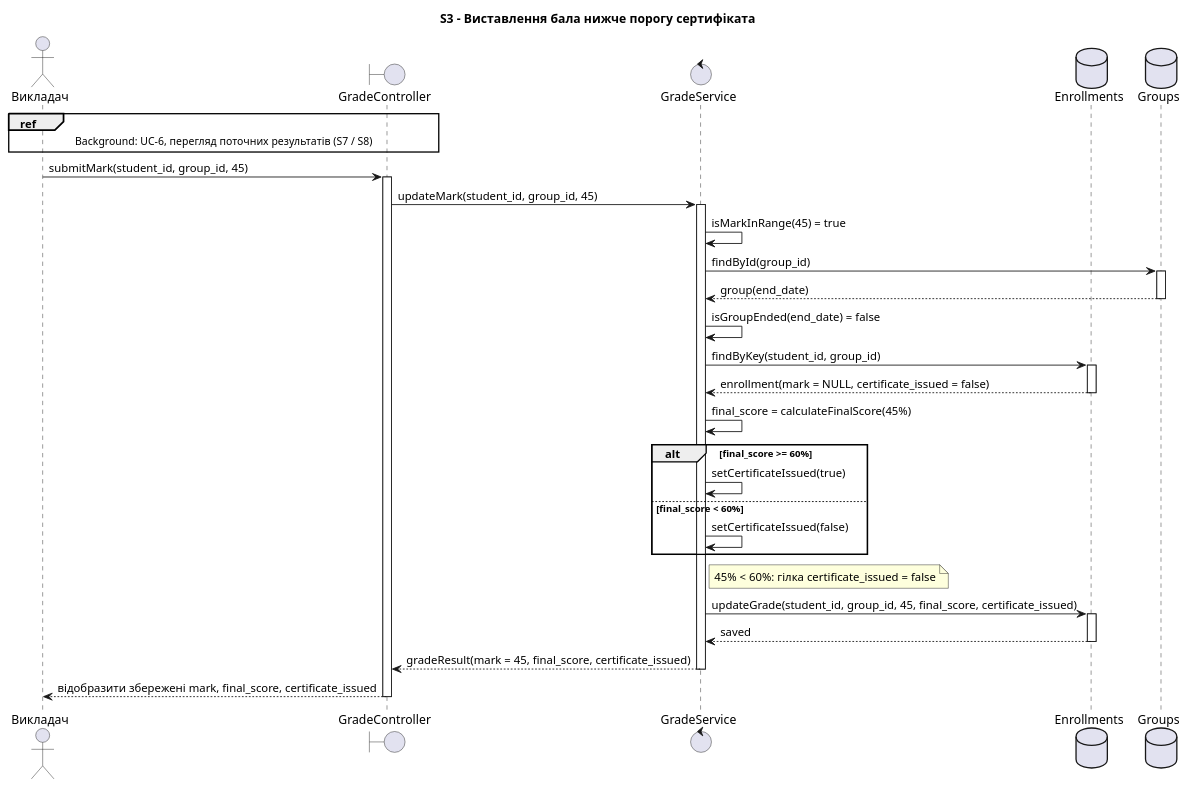
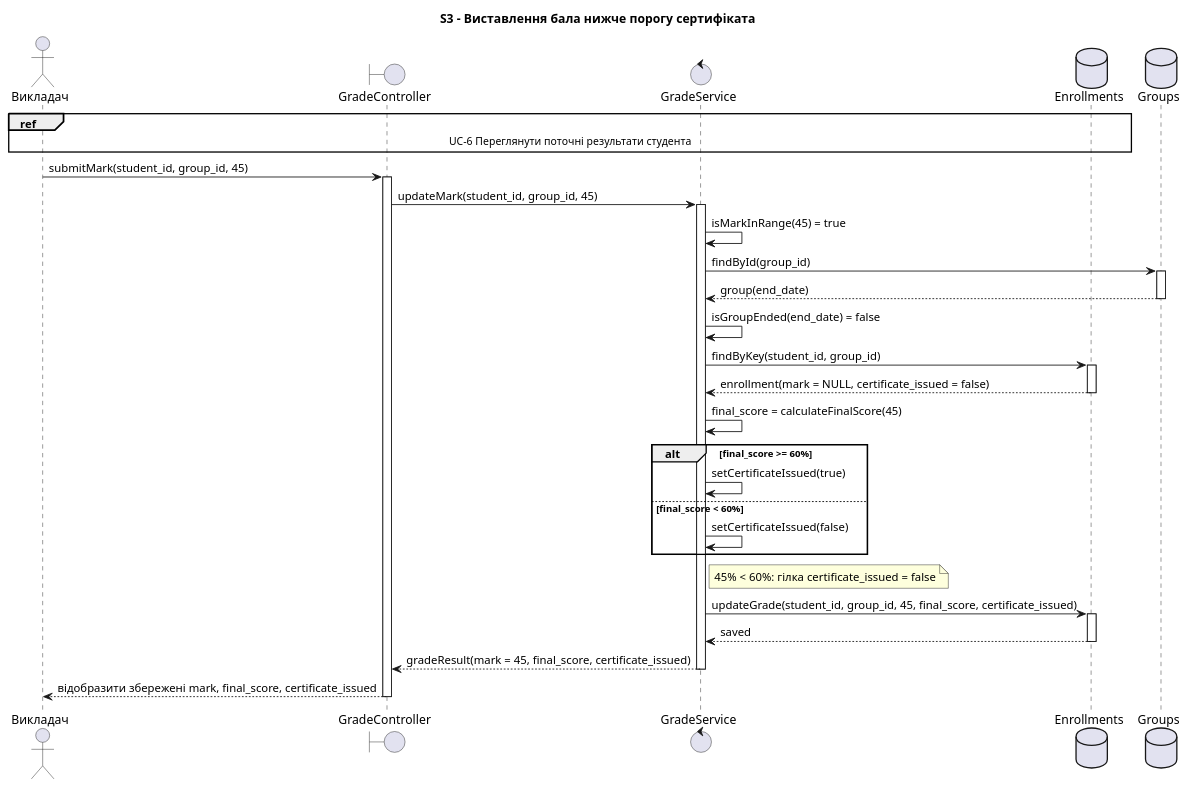
Before and after one commit to ka1tya/KPI: the third of 8 diagrams in lab3/sequence-diagrams.puml, drawn with PlantUML. The commit also changed other lines of this file and 9 other files, not shown here.

```diff
--- a/lab3/sequence-diagrams.puml
+++ b/lab3/sequence-diagrams.puml
@@ -93,45 +93,45 @@
 @startuml S3
  title S3 - Виставлення бала нижче порогу сертифіката
 
  actor "Викладач" as Teacher
  boundary "GradeController" as Controller
  control "GradeService" as GradeService
  database "Enrollments" as Enrollments
  database "Groups" as Groups
  
- ref over Teacher, Controller : Background: UC-6, перегляд поточних результатів (S7 / S8)
+ ref over Teacher, Enrollments : UC-6 Переглянути поточні результати студента
 
  Teacher -> Controller : submitMark(student_id, group_id, 45)
  activate Controller
  Controller -> GradeService : updateMark(student_id, group_id, 45)
  activate GradeService
 
  GradeService -> GradeService : isMarkInRange(45) = true
  GradeService -> Groups : findById(group_id)
  activate Groups
  Groups --> GradeService : group(end_date)
  deactivate Groups
  GradeService -> GradeService : isGroupEnded(end_date) = false
  GradeService -> Enrollments : findByKey(student_id, group_id)
  activate Enrollments
  Enrollments --> GradeService : enrollment(mark = NULL, certificate_issued = false)
  deactivate Enrollments
 
- GradeService -> GradeService: final_score = calculateFinalScore(45%)
+ GradeService -> GradeService: final_score = calculateFinalScore(45)
  alt final_score >= 60%
    GradeService -> GradeService : setCertificateIssued(true)
  else final_score < 60%
    GradeService -> GradeService : setCertificateIssued(false)
  end
  note right of GradeService : 45% < 60%: гілка certificate_issued = false
 
  GradeService -> Enrollments : updateGrade(student_id, group_id, 45, final_score, certificate_issued)
  activate Enrollments
  Enrollments --> GradeService : saved
  deactivate Enrollments
 
  GradeService --> Controller : gradeResult(mark = 45, final_score, certificate_issued)
  deactivate GradeService
  Controller --> Teacher : відобразити збережені mark, final_score, certificate_issued
  deactivate Controller
 @enduml
```
